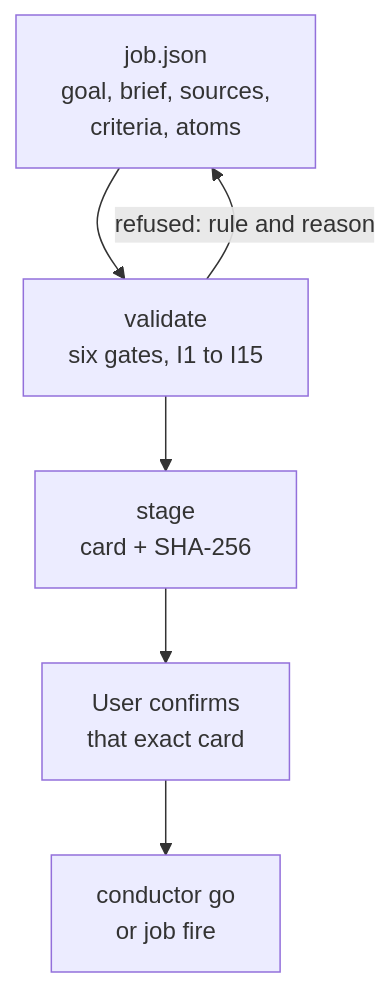
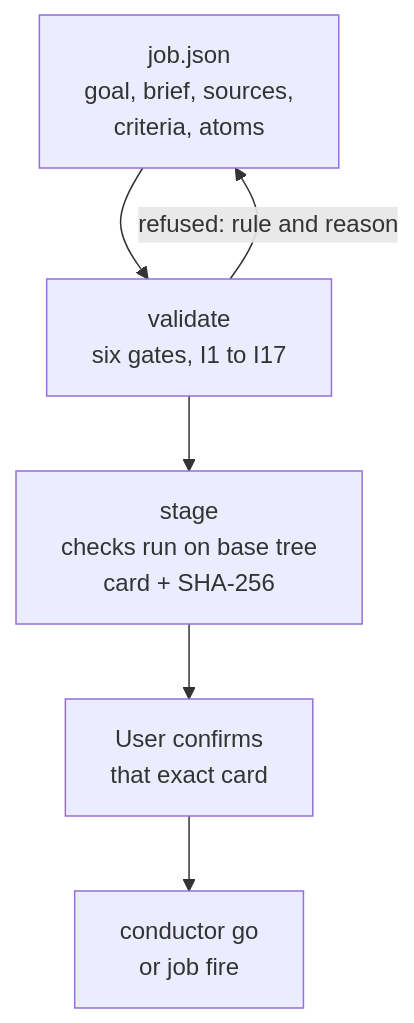
One commit to Akilleez-QA/endoforge changed the diagram in tools/job/README.md. Above: the diagram before and after it, drawn with Mermaid. The commit also changed other lines of this file and 14 other files, not shown here.

````diff
--- a/tools/job/README.md
+++ b/tools/job/README.md
@@ -17,8 +17,8 @@
 ```mermaid
 flowchart TD
-  m["job.json<br/>goal, brief, sources,<br/>criteria, atoms"] --> v["validate<br/>six gates, I1 to I15"]
+  m["job.json<br/>goal, brief, sources,<br/>criteria, atoms"] --> v["validate<br/>six gates, I1 to I17"]
   v -- "refused: rule and reason" --> m
-  v --> s["stage<br/>card + SHA-256"]
+  v --> s["stage<br/>checks run on base tree<br/>card + SHA-256"]
   s --> c["User confirms<br/>that exact card"]
   c --> f["conductor go<br/>or job fire"]
 ```
````
